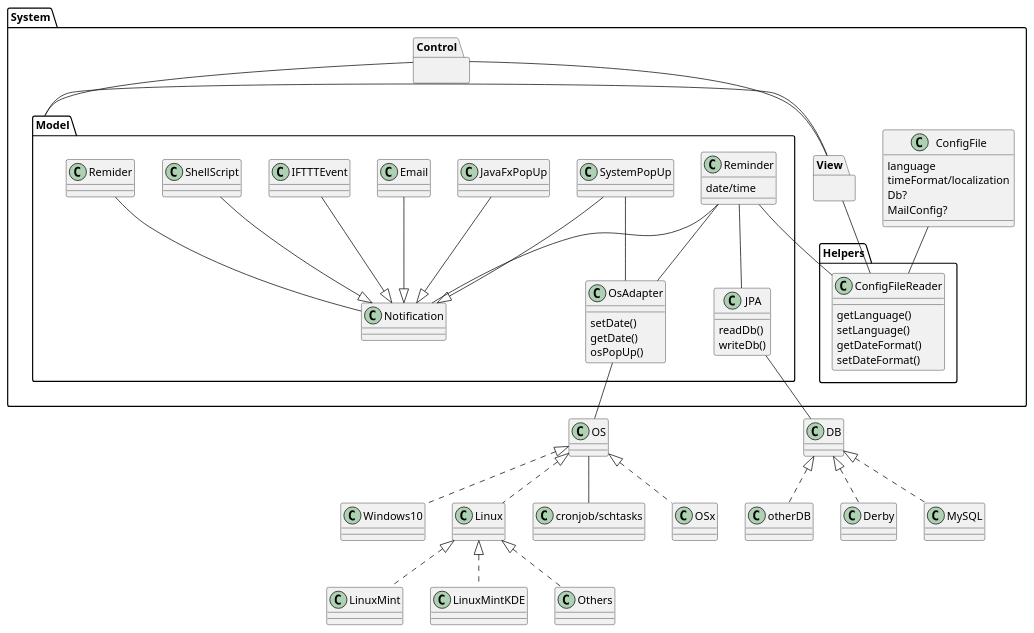
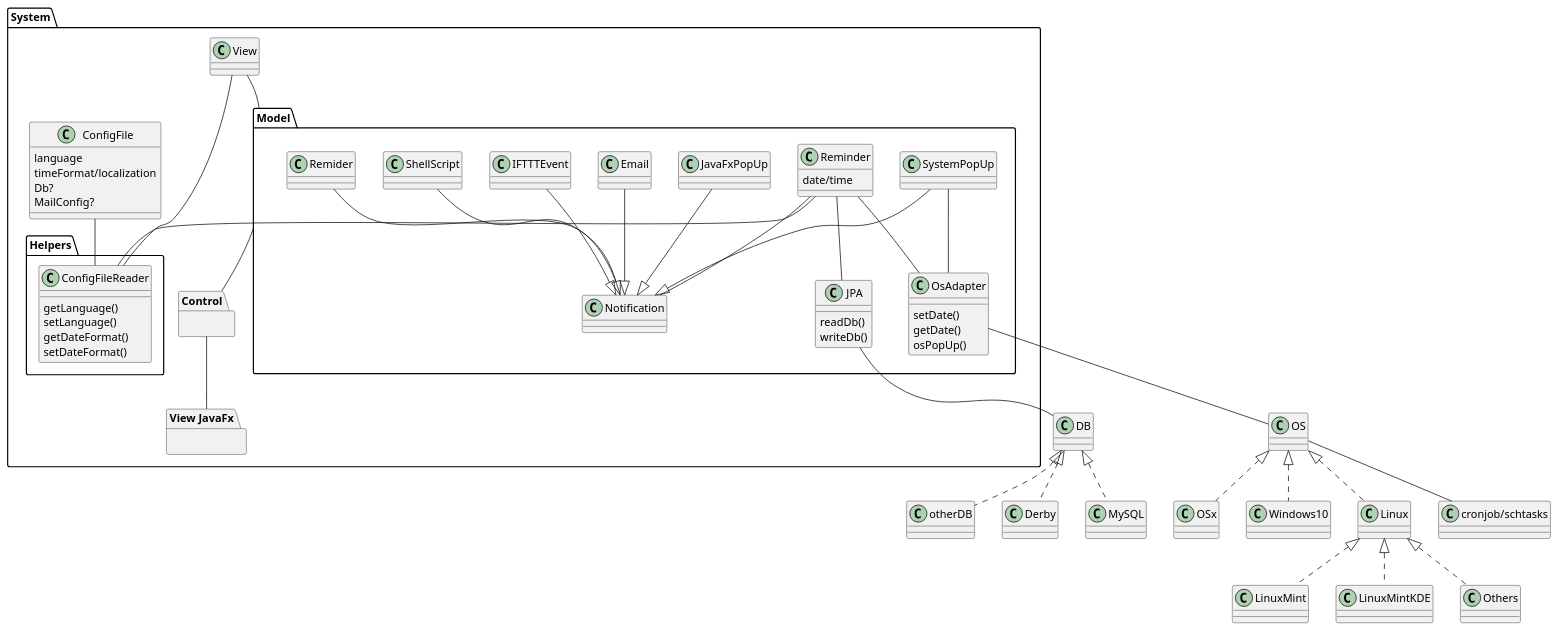
The diagram in doc/uml/uebersicht.plantuml (hyamsj/AlarmClock), drawn with PlantUML before and after one commit. The commit also changed 2 other files, not shown here.

Commit message:
updated uml

```diff
--- a/doc/uml/uebersicht.plantuml
+++ b/doc/uml/uebersicht.plantuml
@@ -1,75 +1,75 @@
 @startuml
 class OS
 package "System" {
 
-package "View" {}
+package "View JavaFx" {}
 package "Control" {}
 package "Helpers" {
 
 class ConfigFileReader{
 getLanguage()
 setLanguage()
 getDateFormat()
 setDateFormat()
 }
 
 }
 
 package "Model" {
 class OsAdapter{
 setDate()
 getDate()
 osPopUp()
 }
 
 OsAdapter -- OS
 
 
 class Reminder{
 date/time
 }
 class JPA{
 readDb()
 writeDb()
 }
 Reminder --OsAdapter
 Reminder -- JPA
 
 Remider --Notification
 JavaFxPopUp--|>Notification
 SystemPopUp--|>Notification
 Email--|>Notification
 IFTTTEvent--|>Notification
 ShellScript--|>Notification
 
 SystemPopUp -- OsAdapter
 }
 View -- Model
 Model-- Control
-Control -- View
+Control -- "View JavaFx"
 
 class ConfigFile{
 language
 timeFormat/localization
 Db?
 MailConfig?
 }
 ConfigFile--ConfigFileReader
 View--ConfigFileReader
 Reminder--ConfigFileReader
 Reminder--Notification
 }
 JPA -- DB
 DB <|.. Derby
 DB <|.. MySQL
 DB <|.. otherDB
 
 
 OS--"cronjob/schtasks"
 OS<|.. OSx
 OS<|.. Windows10
 OS<|.. Linux
 Linux<|.. LinuxMint
 Linux<|.. LinuxMintKDE
 Linux<|.. Others
 @enduml
```
